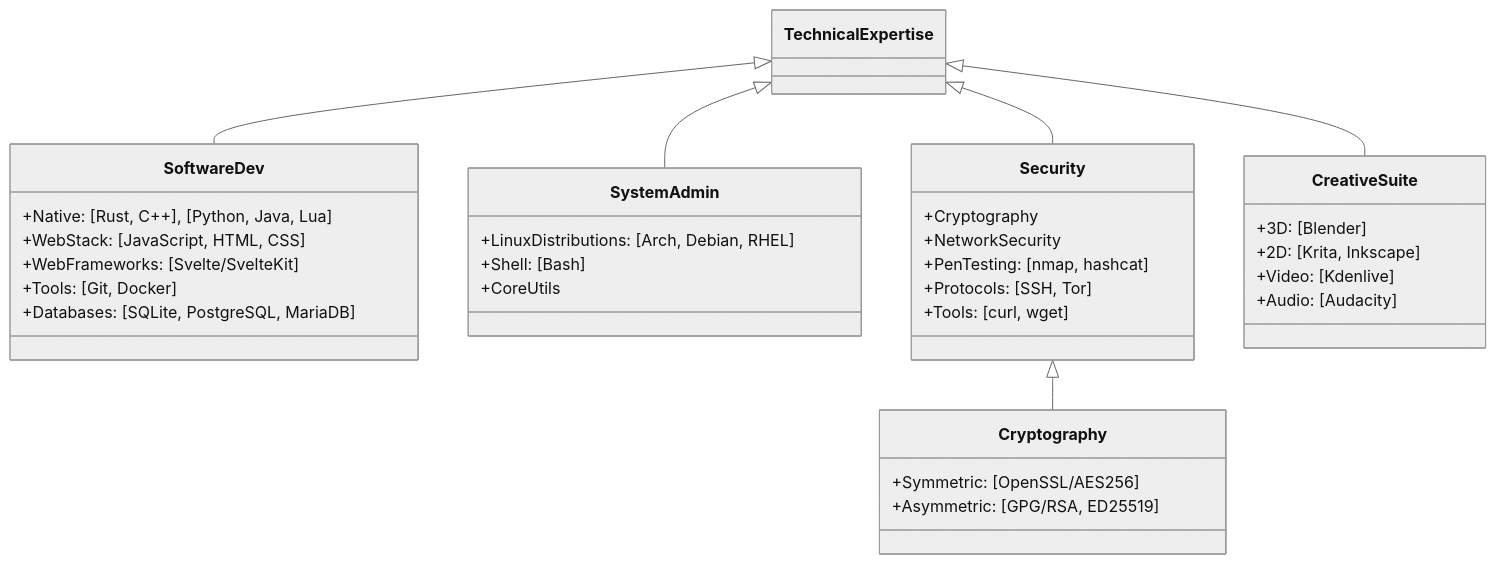
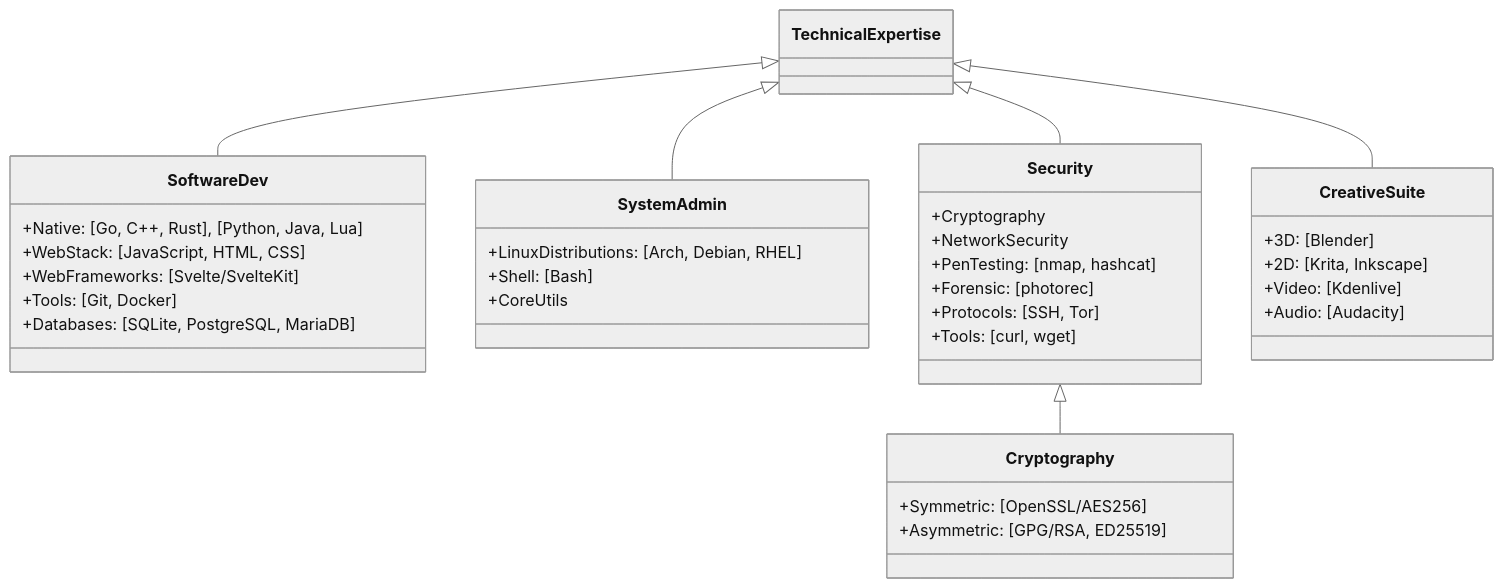
The diagram in src/technical-expertise/diagram.mmd (yuuhikaze/yuuhikaze.github.io), drawn with Mermaid before and after one commit. The commit also changed 35 other files, not shown here.

Commit message:
feat: updates curriculum vitae and technologies diagram

```diff
--- a/src/technical-expertise/diagram.mmd
+++ b/src/technical-expertise/diagram.mmd
@@ -1,42 +1,43 @@
 %%{init: {'theme': 'neutral'}}%%
 classDiagram
     TechnicalExpertise <|-- SoftwareDev
     TechnicalExpertise <|-- SystemAdmin
     TechnicalExpertise <|-- Security
     TechnicalExpertise <|-- CreativeSuite
 
     class SoftwareDev{
-        +Native: [Rust, C++], [Python, Java, Lua]
+        +Native: [Go, C++, Rust], [Python, Java, Lua]
         +WebStack: [JavaScript, HTML, CSS]
         +WebFrameworks: [Svelte/SvelteKit]
         +Tools: [Git, Docker]
         +Databases: [SQLite, PostgreSQL, MariaDB]
     }
 
     class SystemAdmin{
         +LinuxDistributions: [Arch, Debian, RHEL]
         +Shell: [Bash]
         +CoreUtils
         %% +AndroidTools
     }
 
     class Security{
         +Cryptography
         +NetworkSecurity
         +PenTesting: [nmap, hashcat]
+        +Forensic: [photorec]
         +Protocols: [SSH, Tor]
         +Tools: [curl, wget]
     }
 
     class CreativeSuite{
         +3D: [Blender]
         +2D: [Krita, Inkscape]
         +Video: [Kdenlive]
         +Audio: [Audacity]
     }
 
     Security <|-- Cryptography
     class Cryptography{
         +Symmetric: [OpenSSL/AES256]
         +Asymmetric: [GPG/RSA, ED25519]
     }
```
